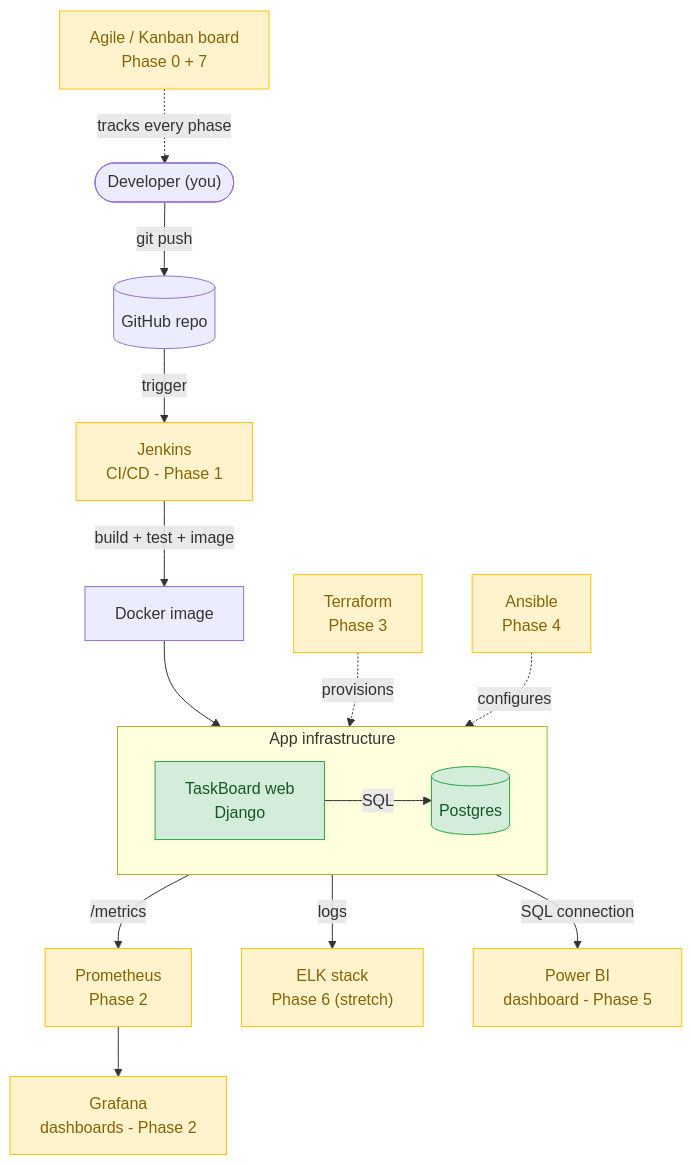
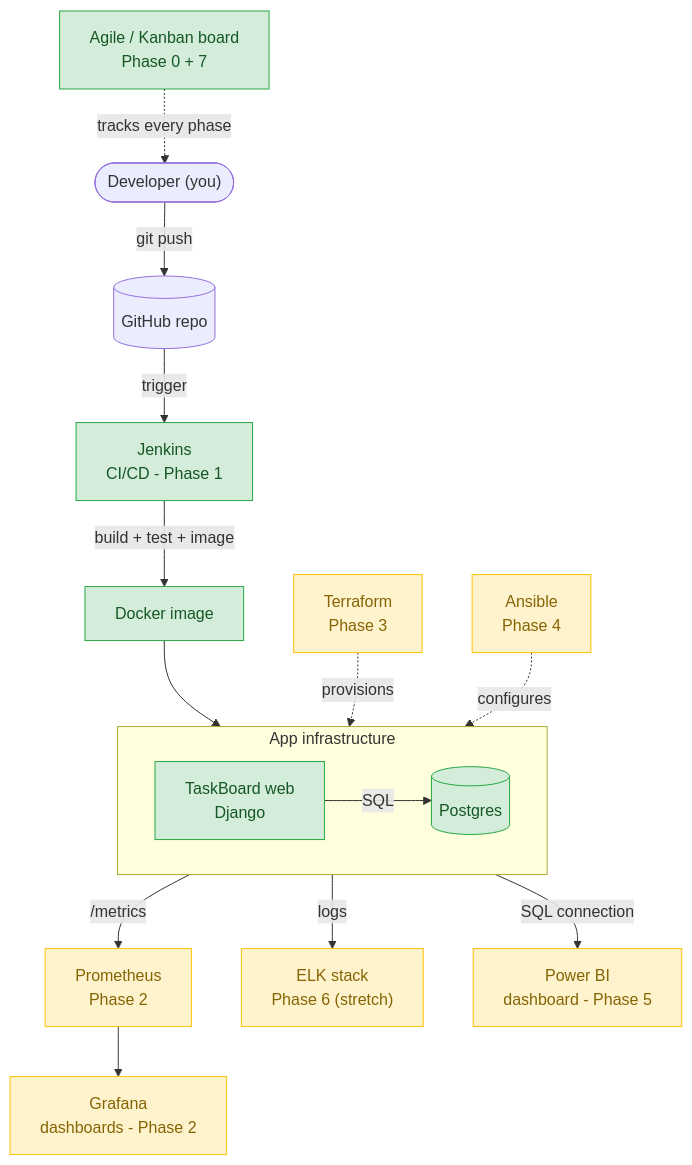
One commit to emmanuel197/devops-analytics-demo changed the diagram in wiki/diagrams/target-architecture.mmd. Above: the diagram before and after it, drawn with Mermaid. The commit also changed 7 other files, not shown here.

Commit message:
Phase 1 complete: wiki + diagrams updated (Jenkins green)

```diff
--- a/wiki/diagrams/target-architecture.mmd
+++ b/wiki/diagrams/target-architecture.mmd
@@ -1,25 +1,25 @@
 flowchart TB
     Dev(["Developer (you)"]) -->|"git push"| GH[("GitHub repo")]
     GH -->|"trigger"| Jenkins["Jenkins<br/>CI/CD - Phase 1"]
     Jenkins -->|"build + test + image"| Img["Docker image"]
 
     subgraph Infra["App infrastructure"]
         direction LR
         Web["TaskBoard web<br/>Django"] -->|"SQL"| DB[("Postgres")]
     end
 
     Img --> Web
     TF["Terraform<br/>Phase 3"] -.->|"provisions"| Infra
     Ans["Ansible<br/>Phase 4"] -.->|"configures"| Infra
 
     Web -->|"/metrics"| Prom["Prometheus<br/>Phase 2"]
     Prom --> Graf["Grafana<br/>dashboards - Phase 2"]
     Web -->|"logs"| ELK["ELK stack<br/>Phase 6 (stretch)"]
     DB -->|"SQL connection"| PBI["Power BI<br/>dashboard - Phase 5"]
 
     Kanban["Agile / Kanban board<br/>Phase 0 + 7"] -.->|"tracks every phase"| Dev
 
     classDef done fill:#d4edda,stroke:#28a745,color:#155724;
     classDef todo fill:#fff3cd,stroke:#ffc107,color:#856404;
-    class Web,DB done;
-    class Jenkins,TF,Ans,Prom,Graf,ELK,PBI,Kanban todo;
+    class Web,DB,Jenkins,Img,Kanban done;
+    class TF,Ans,Prom,Graf,ELK,PBI todo;
```
